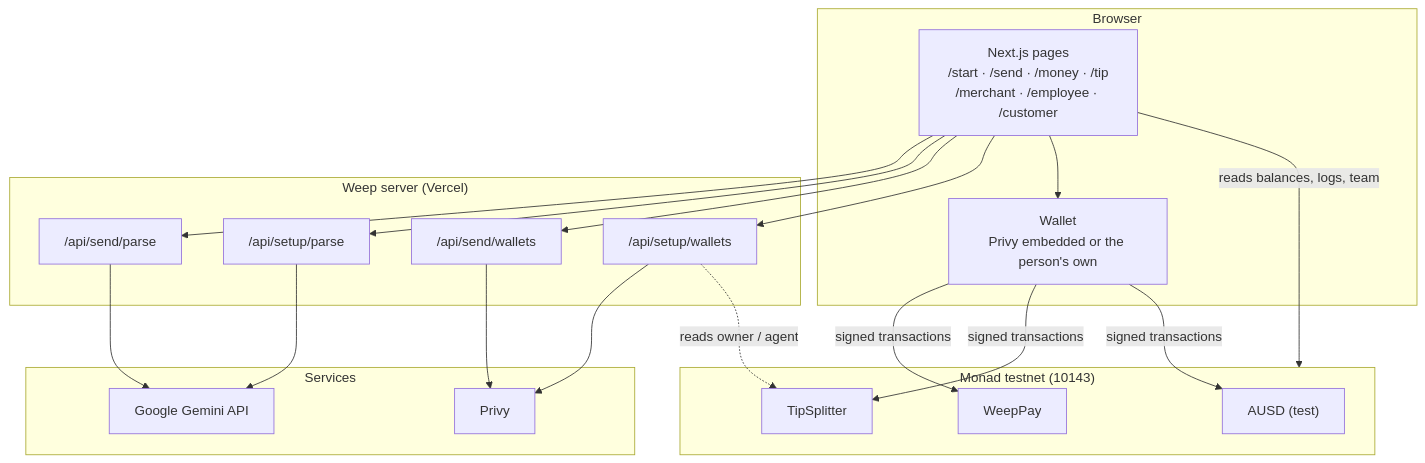
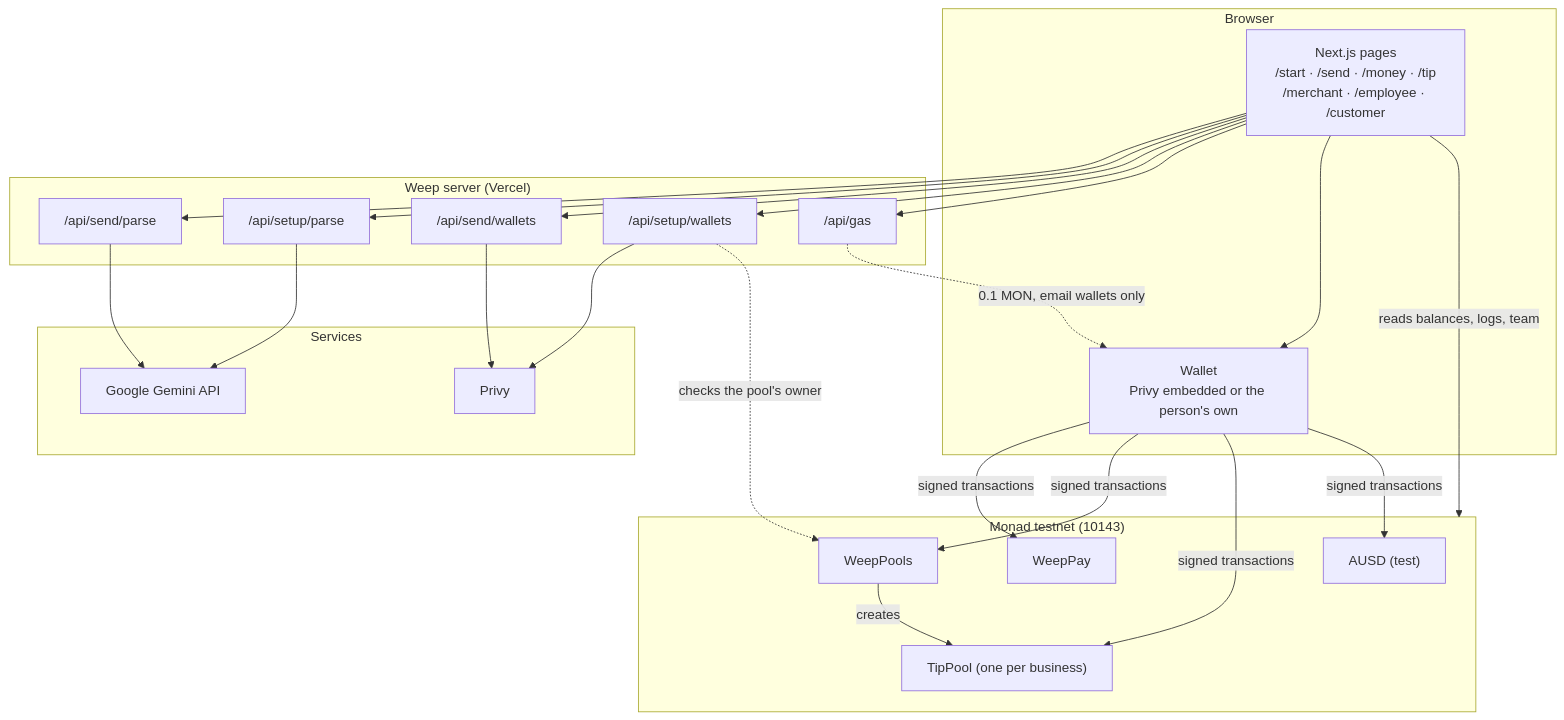
Before and after one commit to Joseph-hackathon/Weep-Protocol: the first of 2 diagrams in docs/architecture.md, drawn with Mermaid. The commit also changed other lines of this file and 60 other files, not shown here.

First line of the commit message:
Give every business its own pool, cover first fees, and close the audit gaps

````diff
--- a/docs/architecture.md
+++ b/docs/architecture.md
@@ -9,28 +9,32 @@
 ```mermaid
 flowchart TB
   subgraph Browser
     UI["Next.js pages<br/>/start · /send · /money · /tip<br/>/merchant · /employee · /customer"]
     WAL["Wallet<br/>Privy embedded or the person's own"]
   end
   subgraph Server["Weep server (Vercel)"]
     SP["/api/send/parse"]
     SW["/api/send/wallets"]
     TP["/api/setup/parse"]
     TW["/api/setup/wallets"]
+    GAS["/api/gas"]
   end
   subgraph External["Services"]
     GEM["Google Gemini API"]
     PRV["Privy"]
   end
   subgraph Monad["Monad testnet (10143)"]
     PAY["WeepPay"]
-    SPL["TipSplitter"]
+    FAC["WeepPools"]
+    POOL["TipPool (one per business)"]
     USD["AUSD (test)"]
   end
   UI --> SP & TP --> GEM
   UI --> SW & TW --> PRV
-  TW -. "reads owner / agent" .-> SPL
+  TW -. "checks the pool's owner" .-> FAC
+  UI --> GAS -. "0.1 MON, email wallets only" .-> WAL
+  FAC -- "creates" --> POOL
   UI --> WAL
-  WAL -- "signed transactions" --> PAY & SPL & USD
+  WAL -- "signed transactions" --> PAY & FAC & POOL & USD
   UI -- "reads balances, logs, team" --> Monad
 ```
````
